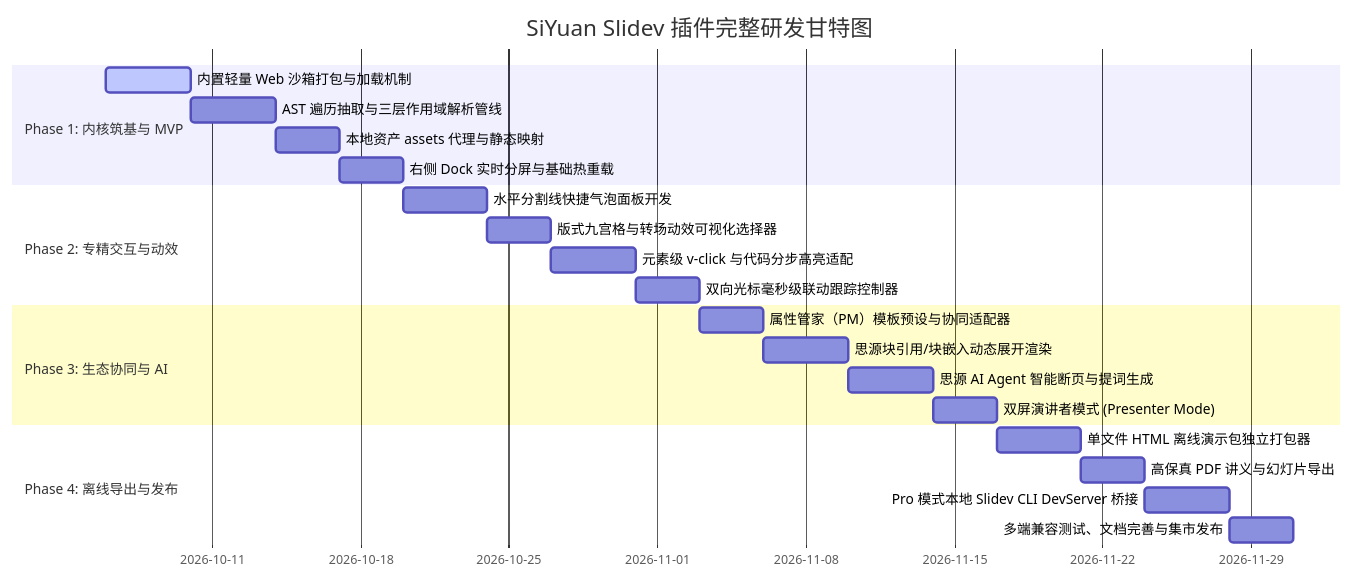
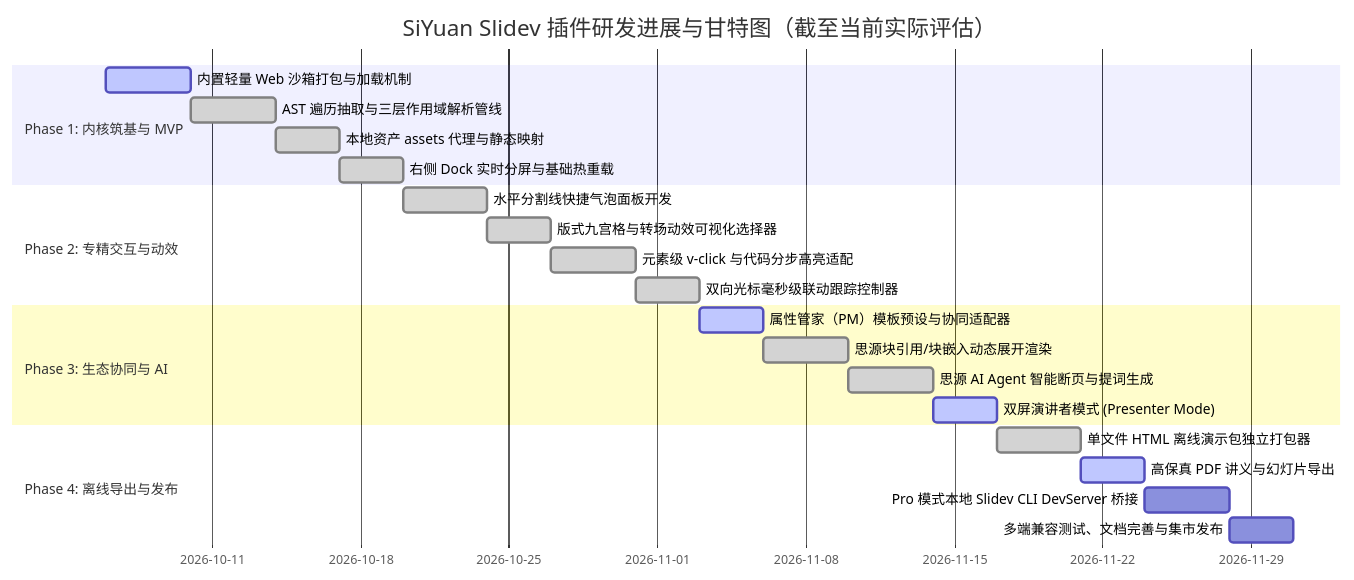
The fourth of 4 diagrams in docs/implementation-plan-and-development-schedule.md (famotime/siyuan-live-slides), drawn with Mermaid before and after one commit. The commit also changed other lines of this file and 2 other files, not shown here.

````diff
--- a/docs/implementation-plan-and-development-schedule.md
+++ b/docs/implementation-plan-and-development-schedule.md
@@ -147,25 +150,25 @@
 ```mermaid
 gantt
-    title SiYuan Slidev 插件完整研发甘特图
+    title SiYuan Slidev 插件研发进展与甘特图（截至当前实际评估）
     dateFormat  YYYY-MM-DD
     section Phase 1: 内核筑基与 MVP
     内置轻量 Web 沙箱打包与加载机制       :active, p1_1, 2026-10-06, 4d
-    AST 遍历抽取与三层作用域解析管线     :p1_2, after p1_1, 4d
-    本地资产 assets 代理与静态映射       :p1_3, after p1_2, 3d
-    右侧 Dock 实时分屏与基础热重载       :p1_4, after p1_3, 3d
+    AST 遍历抽取与三层作用域解析管线     :done, p1_2, after p1_1, 4d
+    本地资产 assets 代理与静态映射       :done, p1_3, after p1_2, 3d
+    右侧 Dock 实时分屏与基础热重载       :done, p1_4, after p1_3, 3d
     section Phase 2: 专精交互与动效
-    水平分割线快捷气泡面板开发           :p2_1, 2026-10-20, 4d
-    版式九宫格与转场动效可视化选择器     :p2_2, after p2_1, 3d
-    元素级 v-click 与代码分步高亮适配    :p2_3, after p2_2, 4d
-    双向光标毫秒级联动跟踪控制器         :p2_4, after p2_3, 3d
+    水平分割线快捷气泡面板开发           :done, p2_1, 2026-10-20, 4d
+    版式九宫格与转场动效可视化选择器     :done, p2_2, after p2_1, 3d
+    元素级 v-click 与代码分步高亮适配    :done, p2_3, after p2_2, 4d
+    双向光标毫秒级联动跟踪控制器         :done, p2_4, after p2_3, 3d
     section Phase 3: 生态协同与 AI
-    属性管家（PM）模板预设与协同适配器   :p3_1, 2026-11-03, 3d
-    思源块引用/块嵌入动态展开渲染        :p3_2, after p3_1, 4d
-    思源 AI Agent 智能断页与提词生成     :p3_3, after p3_2, 4d
-    双屏演讲者模式 (Presenter Mode)      :p3_4, after p3_3, 3d
+    属性管家（PM）模板预设与协同适配器   :active, p3_1, 2026-11-03, 3d
+    思源块引用/块嵌入动态展开渲染        :done, p3_2, after p3_1, 4d
+    思源 AI Agent 智能断页与提词生成     :done, p3_3, after p3_2, 4d
+    双屏演讲者模式 (Presenter Mode)      :active, p3_4, after p3_3, 3d
     section Phase 4: 离线导出与发布
-    单文件 HTML 离线演示包独立打包器     :p4_1, 2026-11-17, 4d
-    高保真 PDF 讲义与幻灯片导出          :p4_2, after p4_1, 3d
+    单文件 HTML 离线演示包独立打包器     :done, p4_1, 2026-11-17, 4d
+    高保真 PDF 讲义与幻灯片导出          :active, p4_2, after p4_1, 3d
     Pro 模式本地 Slidev CLI DevServer 桥接:p4_3, after p4_2, 4d
     多端兼容测试、文档完善与集市发布     :p4_4, after p4_3, 3d
 ```
````
